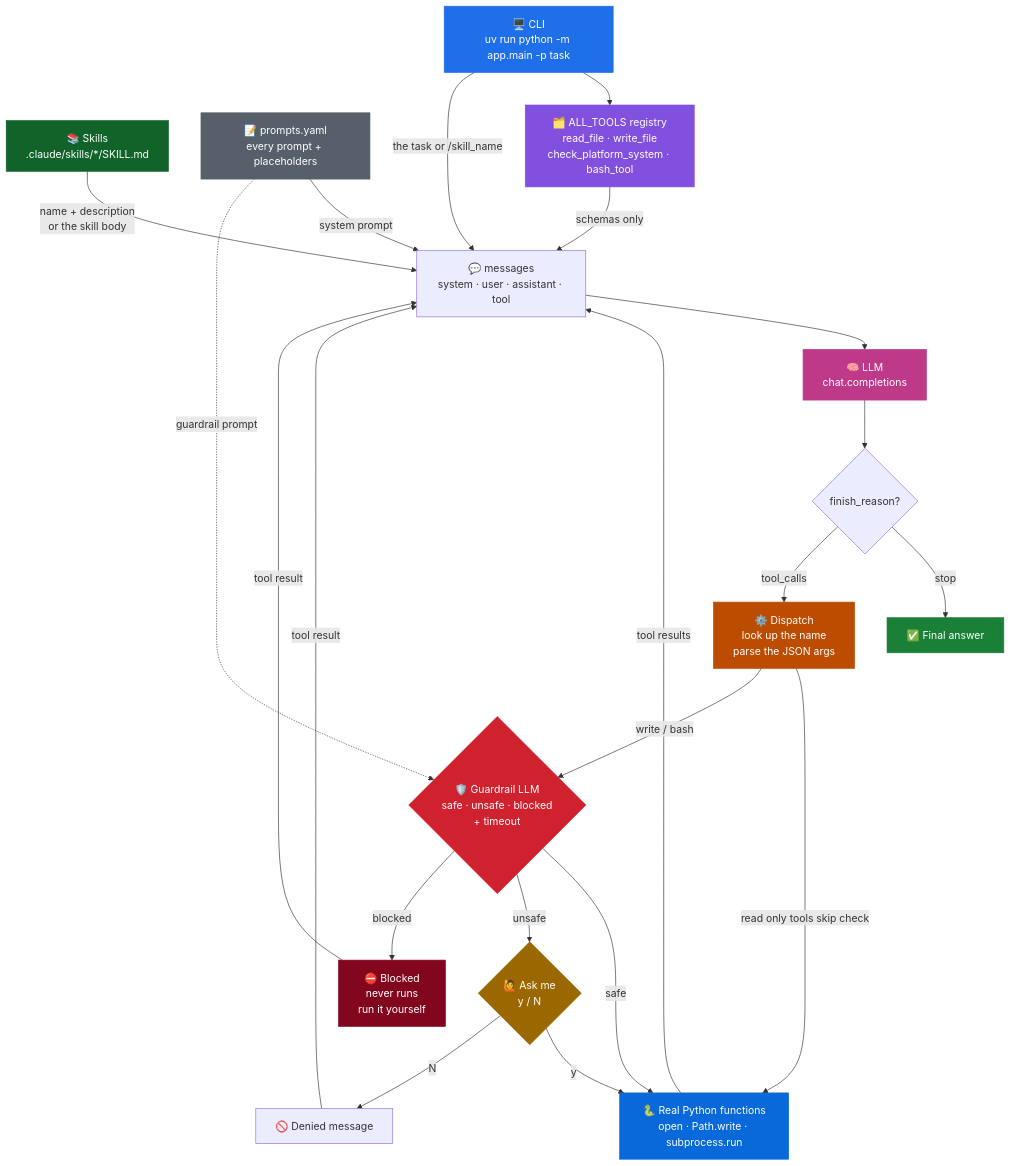
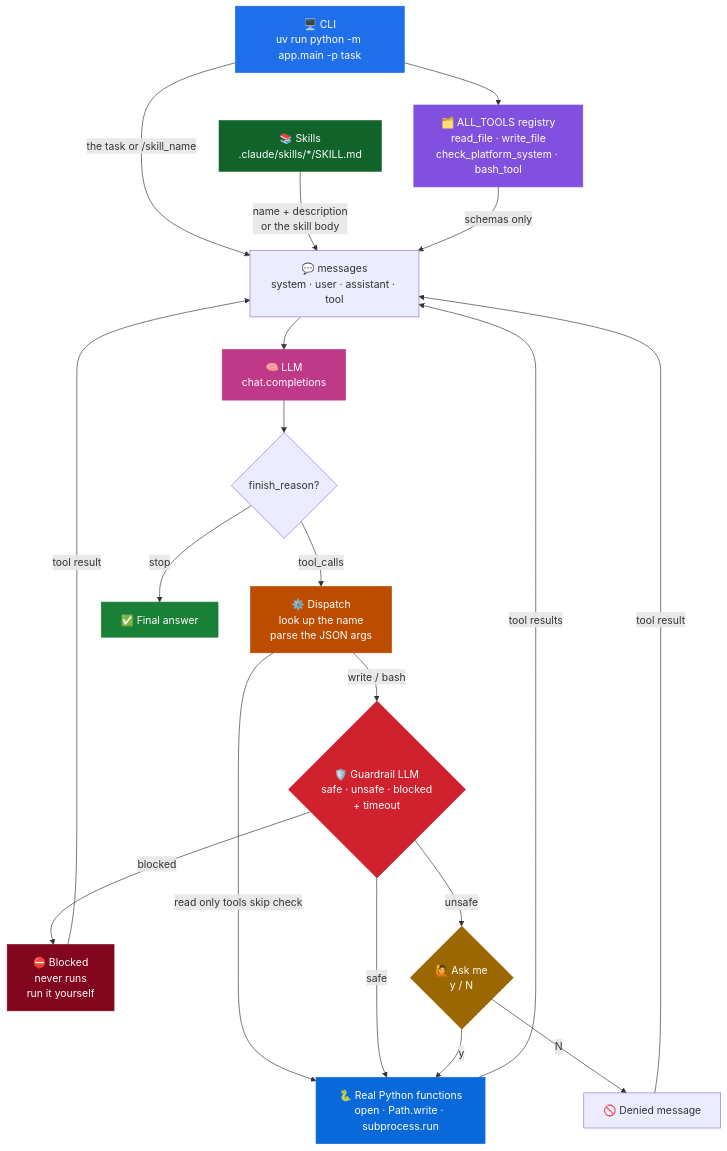
One commit to build-your-own-systems/03-building-mini-claude-code changed the first of 3 diagrams in README.md. Above: the diagram before and after it, drawn with Mermaid. The commit also changed other lines of this file, not shown here.

````diff
--- a/README.md
+++ b/README.md
@@ -29,50 +17,46 @@
 ```mermaid
 flowchart TD
     CLI["🖥️ CLI<br/>uv run python -m app.main -p task"]
     SK["📚 Skills<br/>.claude/skills/*/SKILL.md"]
-    PY["📝 prompts.yaml<br/>every prompt + placeholders"]
     ALL["🗂️ ALL_TOOLS registry<br/>read_file · write_file<br/>check_platform_system · bash_tool"]
     MSG["💬 messages<br/>system · user · assistant · tool"]
     LLM["🧠 LLM<br/>chat.completions"]
     CHK{"finish_reason?"}
     DISP["⚙️ Dispatch<br/>look up the name<br/>parse the JSON args"]
     GR{"🛡️ Guardrail LLM<br/>safe · unsafe · blocked<br/>+ timeout"}
     BLOCK["⛔ Blocked<br/>never runs<br/>run it yourself"]
     ASK{"🙋 Ask me<br/>y / N"}
     FN["🐍 Real Python functions<br/>open · Path.write · subprocess.run"]
     DENY["🚫 Denied message"]
     OUT["✅ Final answer"]
 
     CLI --> ALL
     CLI -->|the task or /skill_name| MSG
     SK -->|name + description<br/>or the skill body| MSG
-    PY -->|system prompt| MSG
-    PY -.->|guardrail prompt| GR
     ALL -->|schemas only| MSG
     MSG --> LLM
     LLM --> CHK
     CHK -->|stop| OUT
     CHK -->|tool_calls| DISP
     DISP -->|read only tools skip check| FN
     DISP -->|write / bash| GR
     GR -->|safe| FN
     GR -->|unsafe| ASK
     GR -->|blocked| BLOCK
     BLOCK -->|tool result| MSG
     ASK -->|y| FN
     ASK -->|N| DENY
     FN -->|tool results| MSG
     DENY -->|tool result| MSG
 
     style CLI fill:#1f6feb,stroke:#1f6feb,color:#fff
     style SK fill:#116329,stroke:#116329,color:#fff
-    style PY fill:#57606a,stroke:#57606a,color:#fff
     style ALL fill:#8250df,stroke:#8250df,color:#fff
     style LLM fill:#bf3989,stroke:#bf3989,color:#fff
     style DISP fill:#bc4c00,stroke:#bc4c00,color:#fff
     style GR fill:#cf222e,stroke:#cf222e,color:#fff
     style BLOCK fill:#82071e,stroke:#82071e,color:#fff
     style ASK fill:#9a6700,stroke:#9a6700,color:#fff
     style FN fill:#0969da,stroke:#0969da,color:#fff
     style OUT fill:#1a7f37,stroke:#1a7f37,color:#fff
 ```
````
